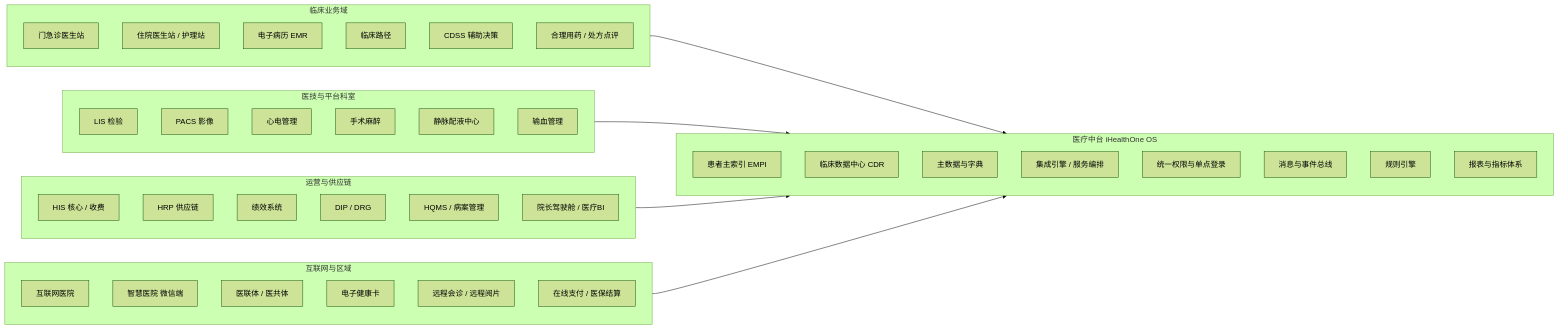
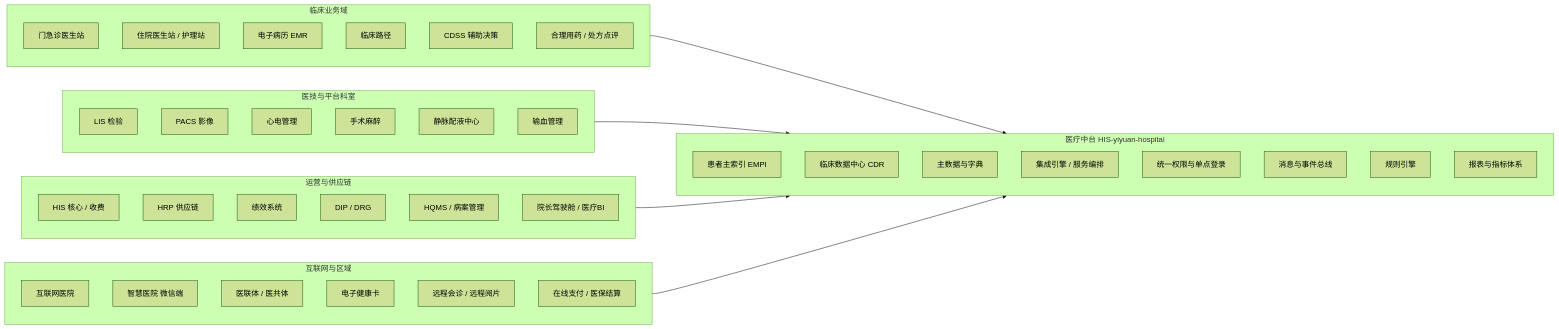
The first of 2 diagrams in README.md (jianggong95-netizen/HIS-yiyuan-hospital), drawn with Mermaid (forest theme) before and after one commit. The commit also changed other lines of this file and 28 other files, not shown here.

First line of the commit message:
refactor: 品牌更名为 HIS-yiyuan-hospital

````diff
--- a/README.md
+++ b/README.md
@@ -91,54 +91,54 @@
 ```mermaid
 flowchart LR
     subgraph 临床["临床业务域"]
         A1["门急诊医生站"]
         A2["住院医生站 / 护理站"]
         A3["电子病历 EMR"]
         A4["临床路径"]
         A5["CDSS 辅助决策"]
         A6["合理用药 / 处方点评"]
     end
 
     subgraph 医技["医技与平台科室"]
         B1["LIS 检验"]
         B2["PACS 影像"]
         B3["心电管理"]
         B4["手术麻醉"]
         B5["静脉配液中心"]
         B6["输血管理"]
     end
 
     subgraph 运营["运营与供应链"]
         C1["HIS 核心 / 收费"]
         C2["HRP 供应链"]
         C3["绩效系统"]
         C4["DIP / DRG"]
         C5["HQMS / 病案管理"]
         C6["院长驾驶舱 / 医疗BI"]
     end
 
     subgraph 互联["互联网与区域"]
         D1["互联网医院"]
         D2["智慧医院 微信端"]
         D3["医联体 / 医共体"]
         D4["电子健康卡"]
         D5["远程会诊 / 远程阅片"]
         D6["在线支付 / 医保结算"]
     end
 
-    subgraph 中台["医疗中台 iHealthOne OS"]
+    subgraph 中台["医疗中台 HIS-yiyuan-hospital"]
         E1["患者主索引 EMPI"]
         E2["临床数据中心 CDR"]
         E3["主数据与字典"]
         E4["集成引擎 / 服务编排"]
         E5["统一权限与单点登录"]
         E6["消息与事件总线"]
         E7["规则引擎"]
         E8["报表与指标体系"]
     end
 
     临床 --> 中台
     医技 --> 中台
     运营 --> 中台
     互联 --> 中台
 ```
````
